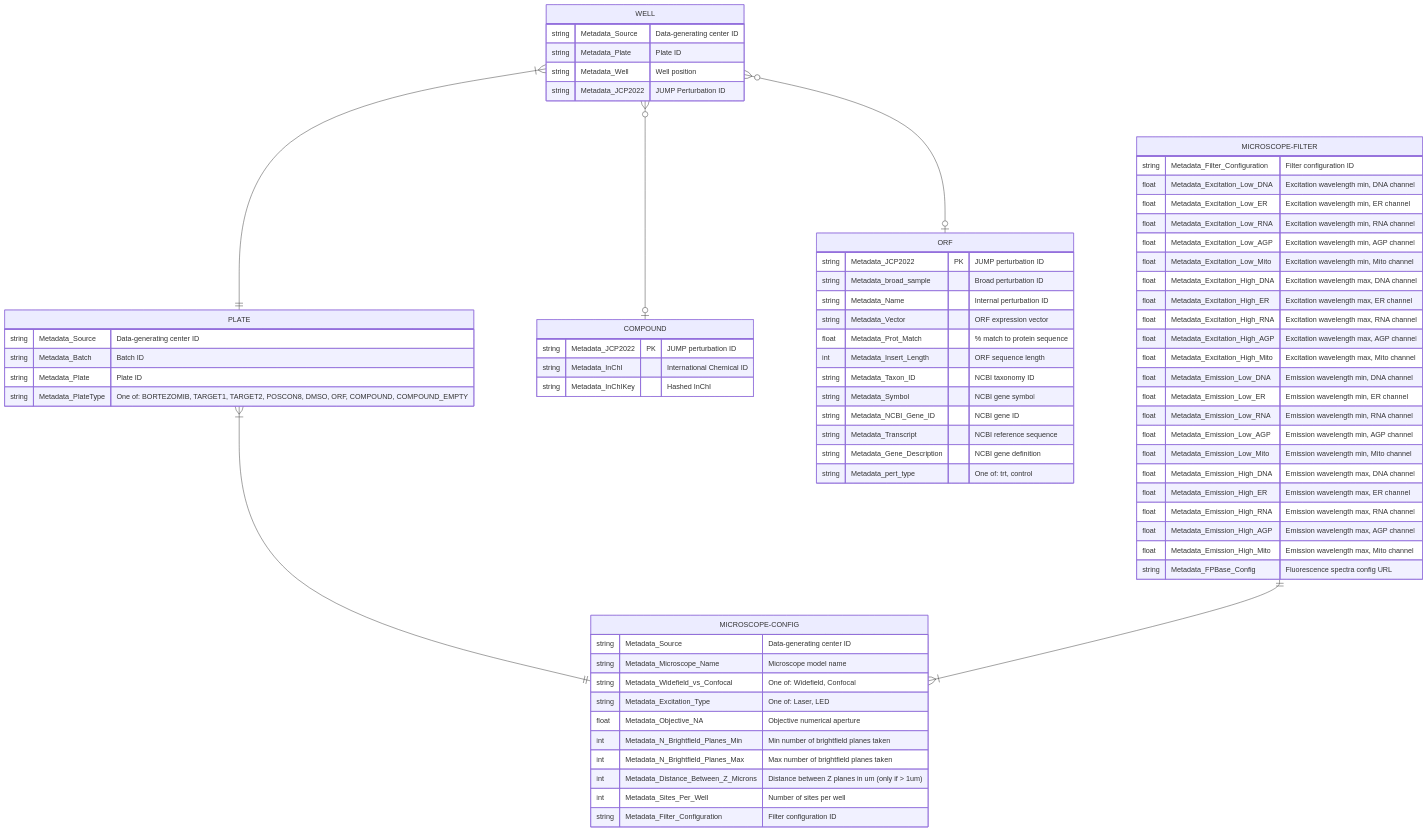
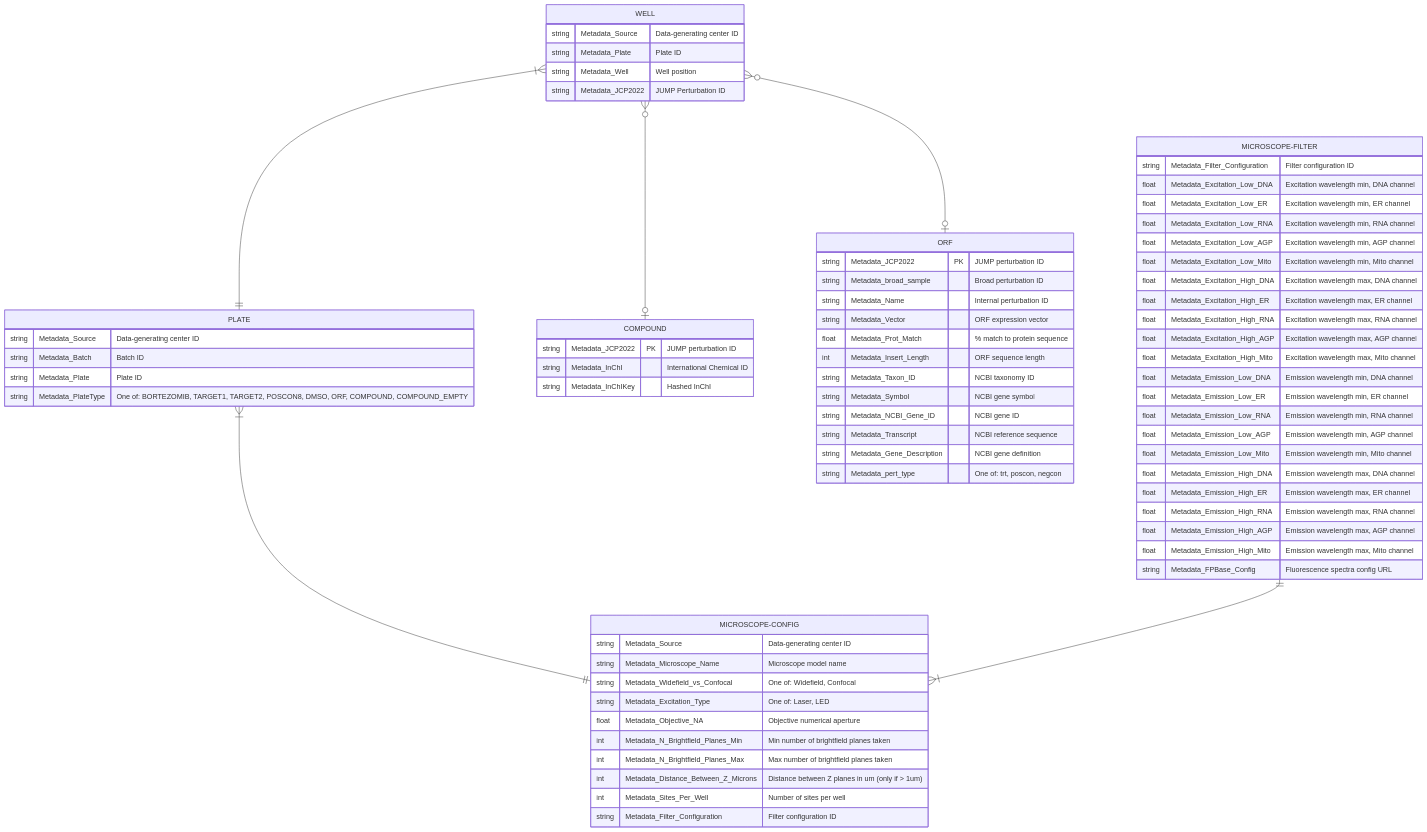
Before and after one commit to jump-cellpainting/datasets: the diagram in metadata/README.md, drawn with Mermaid. The commit also changed 1 other file, not shown here.

Commit message:
Metadata_pert_type is now negcon/poscon/trt and eGFP is poscon
https://github.com/jump-cellpainting/jump-cellpainting/pull/144
Copy over frrom https://github.com/jump-cellpainting/jump-cellpainting/blob/770217dfc258dc42de49bed343ddd335d247d22b/3.standardize/standardization_orf/data/05_release/orf.csv.gz

````diff
--- a/metadata/README.md
+++ b/metadata/README.md
@@ -6,75 +6,75 @@
 ```mermaid
 erDiagram
     WELL }|--|| PLATE : ""
     WELL {
         string Metadata_Source "Data-generating center ID"
         string Metadata_Plate "Plate ID"
         string Metadata_Well "Well position"
         string Metadata_JCP2022 "JUMP Perturbation ID"
     }
     PLATE {
         string Metadata_Source "Data-generating center ID"
         string Metadata_Batch "Batch ID"
         string Metadata_Plate "Plate ID"
         string Metadata_PlateType "One of: BORTEZOMIB, TARGET1, TARGET2, POSCON8, DMSO, ORF, COMPOUND, COMPOUND_EMPTY"
     }
     WELL }o--o| COMPOUND : ""
     COMPOUND {
         string Metadata_JCP2022 PK "JUMP perturbation ID"
         string Metadata_InChI "International Chemical ID"
         string Metadata_InChIKey "Hashed InChI"
     }
     WELL }o--o| ORF : ""
     ORF {
         string Metadata_JCP2022 PK "JUMP perturbation ID"
         string Metadata_broad_sample "Broad perturbation ID"
         string Metadata_Name "Internal perturbation ID"
         string Metadata_Vector "ORF expression vector"
         float Metadata_Prot_Match "% match to protein sequence"
         int Metadata_Insert_Length "ORF sequence length"
         string Metadata_Taxon_ID "NCBI taxonomy ID"
         string Metadata_Symbol "NCBI gene symbol"
         string Metadata_NCBI_Gene_ID "NCBI gene ID"
         string Metadata_Transcript "NCBI reference sequence"
         string Metadata_Gene_Description "NCBI gene definition"
-        string Metadata_pert_type "One of: trt, control"
+        string Metadata_pert_type "One of: trt, poscon, negcon"
     }
     PLATE }|--|| MICROSCOPE-CONFIG : ""
     MICROSCOPE-CONFIG {
         string Metadata_Source "Data-generating center ID"
         string Metadata_Microscope_Name "Microscope model name"
         string Metadata_Widefield_vs_Confocal "One of: Widefield, Confocal"
         string Metadata_Excitation_Type "One of: Laser, LED"
         float Metadata_Objective_NA "Objective numerical aperture"
         int Metadata_N_Brightfield_Planes_Min "Min number of brightfield planes taken"
         int Metadata_N_Brightfield_Planes_Max "Max number of brightfield planes taken"
         int Metadata_Distance_Between_Z_Microns "Distance between Z planes in um (only if > 1um)"
         int Metadata_Sites_Per_Well "Number of sites per well"
         string Metadata_Filter_Configuration "Filter configuration ID"
     }
     MICROSCOPE-FILTER ||--|{ MICROSCOPE-CONFIG : ""
     MICROSCOPE-FILTER {
         string Metadata_Filter_Configuration "Filter configuration ID"
         float Metadata_Excitation_Low_DNA "Excitation wavelength min, DNA channel"
         float Metadata_Excitation_Low_ER "Excitation wavelength min, ER channel"
         float Metadata_Excitation_Low_RNA "Excitation wavelength min, RNA channel"
         float Metadata_Excitation_Low_AGP "Excitation wavelength min, AGP channel"
         float Metadata_Excitation_Low_Mito "Excitation wavelength min, Mito channel"
         float Metadata_Excitation_High_DNA "Excitation wavelength max, DNA channel"
         float Metadata_Excitation_High_ER "Excitation wavelength max, ER channel"
         float Metadata_Excitation_High_RNA "Excitation wavelength max, RNA channel"
         float Metadata_Excitation_High_AGP "Excitation wavelength max, AGP channel"
         float Metadata_Excitation_High_Mito "Excitation wavelength max, Mito channel"
         float Metadata_Emission_Low_DNA "Emission wavelength min, DNA channel"
         float Metadata_Emission_Low_ER "Emission wavelength min, ER channel"
         float Metadata_Emission_Low_RNA "Emission wavelength min, RNA channel"
         float Metadata_Emission_Low_AGP "Emission wavelength min, AGP channel"
         float Metadata_Emission_Low_Mito "Emission wavelength min, Mito channel"
         float Metadata_Emission_High_DNA "Emission wavelength max, DNA channel"
         float Metadata_Emission_High_ER "Emission wavelength max, ER channel"
         float Metadata_Emission_High_RNA "Emission wavelength max, RNA channel"
         float Metadata_Emission_High_AGP "Emission wavelength max, AGP channel"
         float Metadata_Emission_High_Mito "Emission wavelength max, Mito channel"
         string Metadata_FPBase_Config "Fluorescence spectra config URL"
     }
 ```
````
